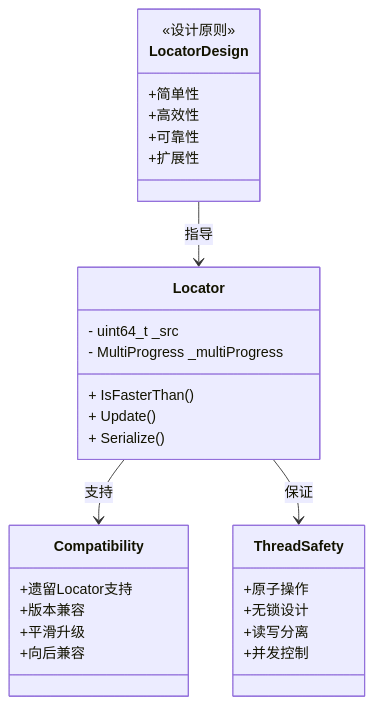
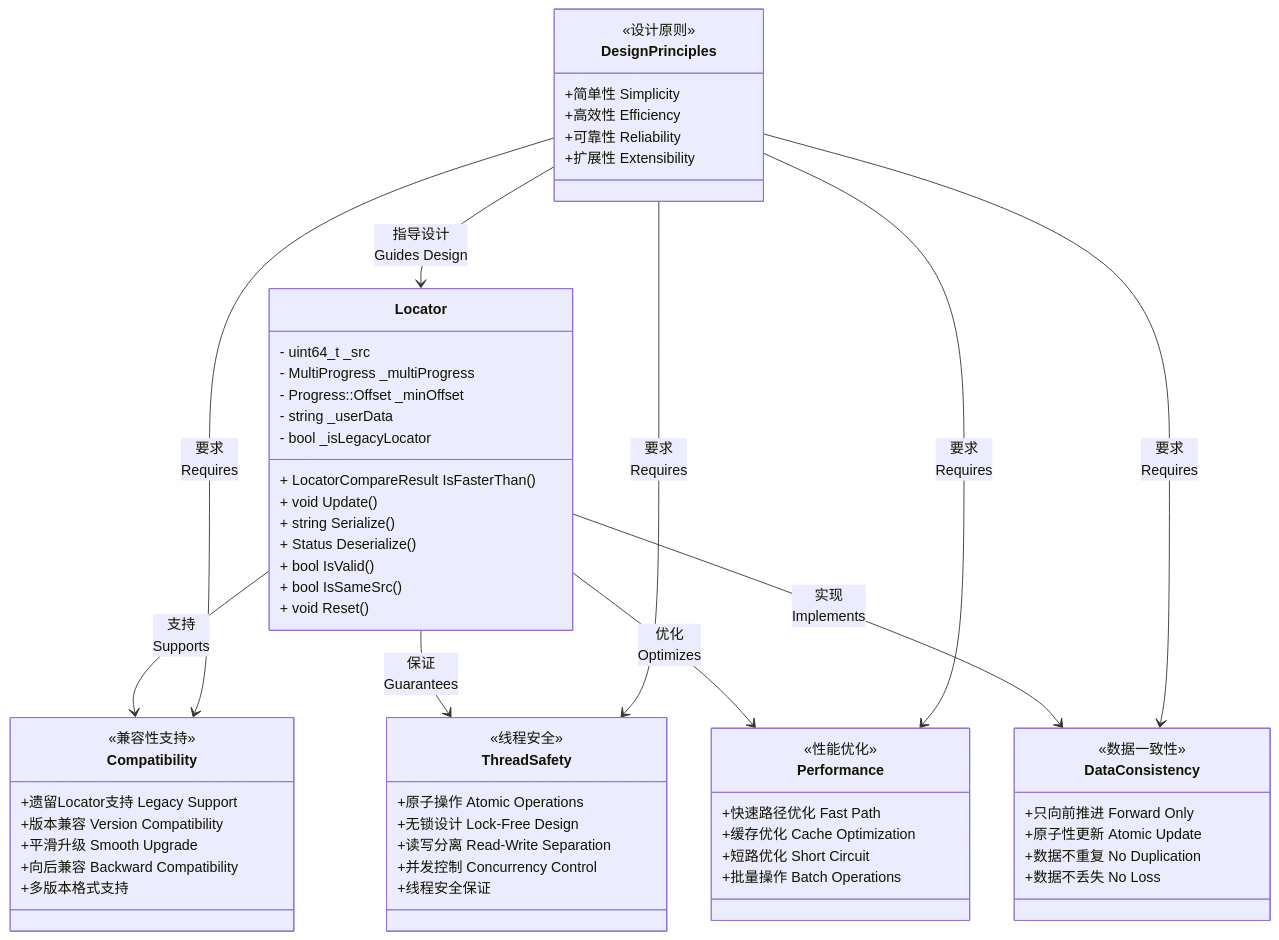
One commit to zhouzhilong-commits/zhouzhilong-commits.github.io changed diagram 39 of 44 in _posts/2025-07-22-indexlib-9-locator-consistency.md. Above: the diagram before and after it, drawn with Mermaid. The commit also changed other lines of this file and 6 other files, not shown here.

````diff
--- a/_posts/2025-07-22-indexlib-9-locator-consistency.md
+++ b/_posts/2025-07-22-indexlib-9-locator-consistency.md
@@ -2095,36 +3438,69 @@
 ```mermaid
 classDiagram
-    class LocatorDesign {
+    class DesignPrinciples {
         <<设计原则>>
-        +简单性
-        +高效性
-        +可靠性
-        +扩展性
+        +简单性 Simplicity
+        +高效性 Efficiency
+        +可靠性 Reliability
+        +扩展性 Extensibility
     }
     
     class Locator {
         - uint64_t _src
         - MultiProgress _multiProgress
-        + IsFasterThan()
-        + Update()
-        + Serialize()
+        - Progress::Offset _minOffset
+        - string _userData
+        - bool _isLegacyLocator
+        + LocatorCompareResult IsFasterThan()
+        + void Update()
+        + string Serialize()
+        + Status Deserialize()
+        + bool IsValid()
+        + bool IsSameSrc()
+        + void Reset()
     }
     
     class Compatibility {
-        +遗留Locator支持
-        +版本兼容
-        +平滑升级
-        +向后兼容
+        <<兼容性支持>>
+        +遗留Locator支持 Legacy Support
+        +版本兼容 Version Compatibility
+        +平滑升级 Smooth Upgrade
+        +向后兼容 Backward Compatibility
+        +多版本格式支持
     }
     
     class ThreadSafety {
-        +原子操作
-        +无锁设计
-        +读写分离
-        +并发控制
+        <<线程安全>>
+        +原子操作 Atomic Operations
+        +无锁设计 Lock-Free Design
+        +读写分离 Read-Write Separation
+        +并发控制 Concurrency Control
+        +线程安全保证
     }
     
-    LocatorDesign --> Locator : 指导
-    Locator --> Compatibility : 支持
-    Locator --> ThreadSafety : 保证
+    class Performance {
+        <<性能优化>>
+        +快速路径优化 Fast Path
+        +缓存优化 Cache Optimization
+        +短路优化 Short Circuit
+        +批量操作 Batch Operations
+    }
+    
+    class DataConsistency {
+        <<数据一致性>>
+        +只向前推进 Forward Only
+        +原子性更新 Atomic Update
+        +数据不重复 No Duplication
+        +数据不丢失 No Loss
+    }
+    
+    DesignPrinciples --> Locator : 指导设计<br/>Guides Design
+    Locator --> Compatibility : 支持<br/>Supports
+    Locator --> ThreadSafety : 保证<br/>Guarantees
+    Locator --> Performance : 优化<br/>Optimizes
+    Locator --> DataConsistency : 实现<br/>Implements
+    DesignPrinciples --> Compatibility : 要求<br/>Requires
+    DesignPrinciples --> ThreadSafety : 要求<br/>Requires
+    DesignPrinciples --> Performance : 要求<br/>Requires
+    DesignPrinciples --> DataConsistency : 要求<br/>Requires
 ```
````
